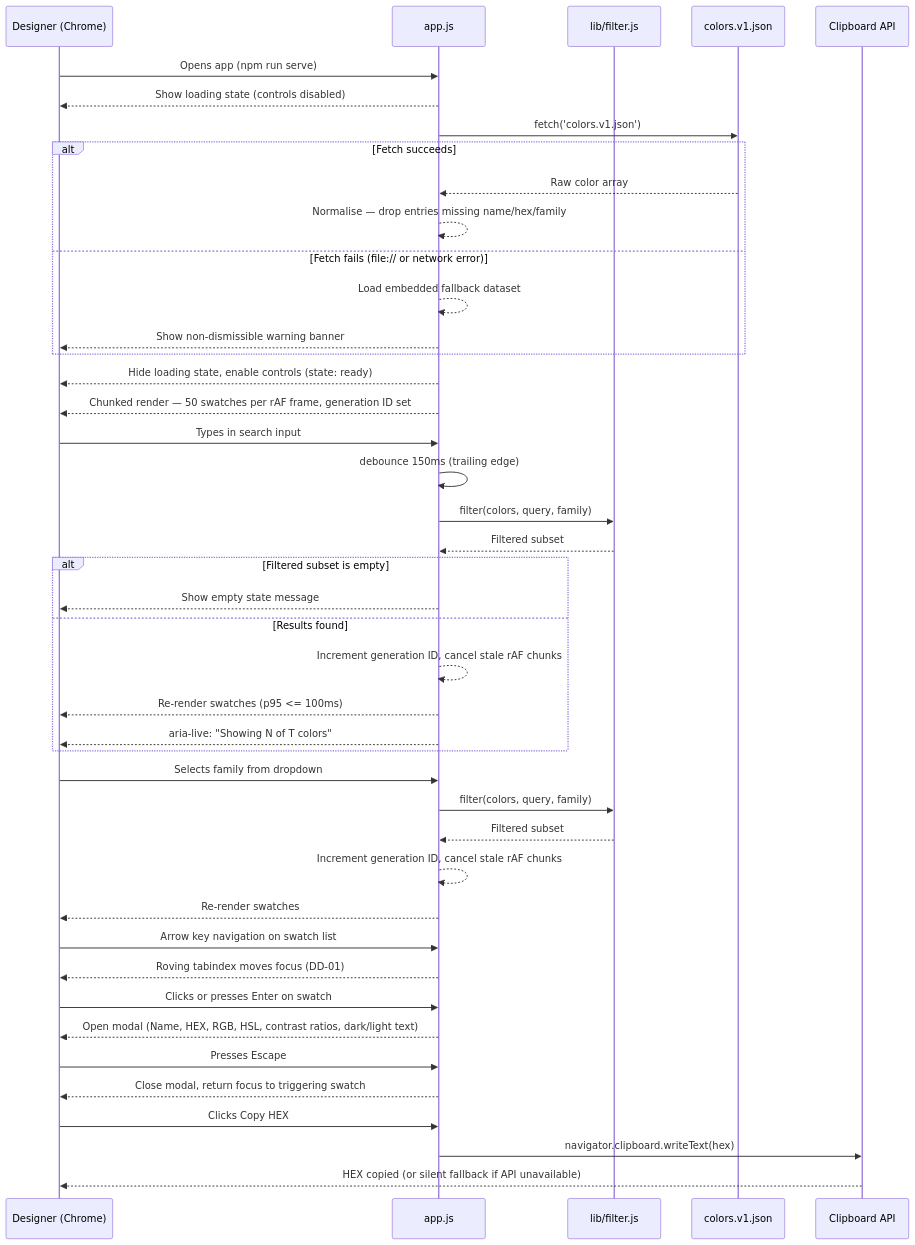
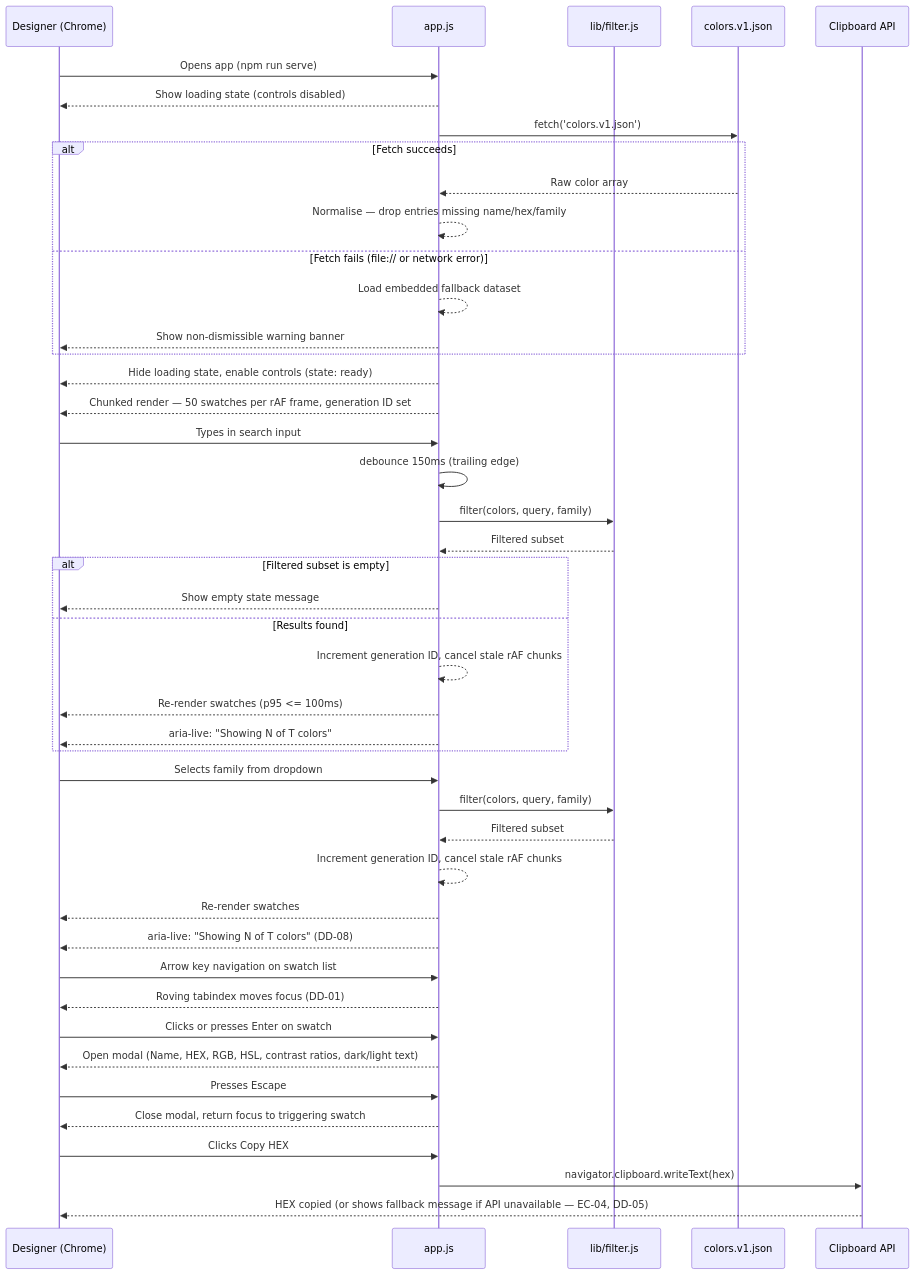
The second of 2 diagrams in docs/architecture.md (gargijoshiTest/Copilot_capstone), drawn with Mermaid before and after one commit. The commit also changed other lines of this file and 1 other file, not shown here.

First line of the commit message:
docs: add design review and update architecture for Color Palette Explorer

````diff
--- a/docs/architecture.md
+++ b/docs/architecture.md
@@ -108,52 +115,53 @@
 ```mermaid
 sequenceDiagram
     participant User as Designer (Chrome)
     participant App as app.js
     participant Filter as lib/filter.js
     participant JSON as colors.v1.json
     participant CB as Clipboard API
 
     User->>App: Opens app (npm run serve)
     App-->>User: Show loading state (controls disabled)
     App->>JSON: fetch('colors.v1.json')
     alt Fetch succeeds
         JSON-->>App: Raw color array
         App-->>App: Normalise — drop entries missing name/hex/family
     else Fetch fails (file:// or network error)
         App-->>App: Load embedded fallback dataset
         App-->>User: Show non-dismissible warning banner
     end
     App-->>User: Hide loading state, enable controls (state: ready)
     App-->>User: Chunked render — 50 swatches per rAF frame, generation ID set
 
     User->>App: Types in search input
     App->>App: debounce 150ms (trailing edge)
     App->>Filter: filter(colors, query, family)
     Filter-->>App: Filtered subset
     alt Filtered subset is empty
         App-->>User: Show empty state message
     else Results found
         App-->>App: Increment generation ID, cancel stale rAF chunks
         App-->>User: Re-render swatches (p95 <= 100ms)
         App-->>User: aria-live: "Showing N of T colors"
     end
 
     User->>App: Selects family from dropdown
     App->>Filter: filter(colors, query, family)
     Filter-->>App: Filtered subset
     App-->>App: Increment generation ID, cancel stale rAF chunks
     App-->>User: Re-render swatches
+    App-->>User: aria-live: "Showing N of T colors" (DD-08)
 
     User->>App: Arrow key navigation on swatch list
     App-->>User: Roving tabindex moves focus (DD-01)
 
     User->>App: Clicks or presses Enter on swatch
     App-->>User: Open modal (Name, HEX, RGB, HSL, contrast ratios, dark/light text)
 
     User->>App: Presses Escape
     App-->>User: Close modal, return focus to triggering swatch
 
     User->>App: Clicks Copy HEX
     App->>CB: navigator.clipboard.writeText(hex)
-    CB-->>User: HEX copied (or silent fallback if API unavailable)
+    CB-->>User: HEX copied (or shows fallback message if API unavailable — EC-04, DD-05)
 ```
````
